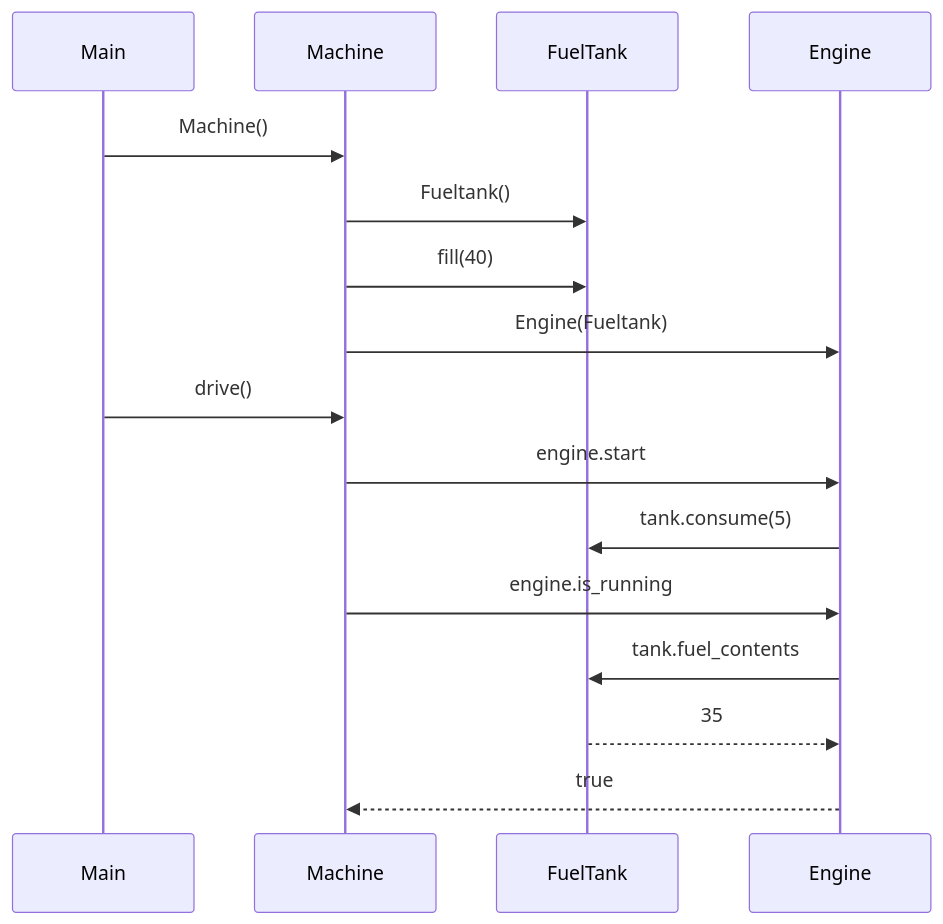
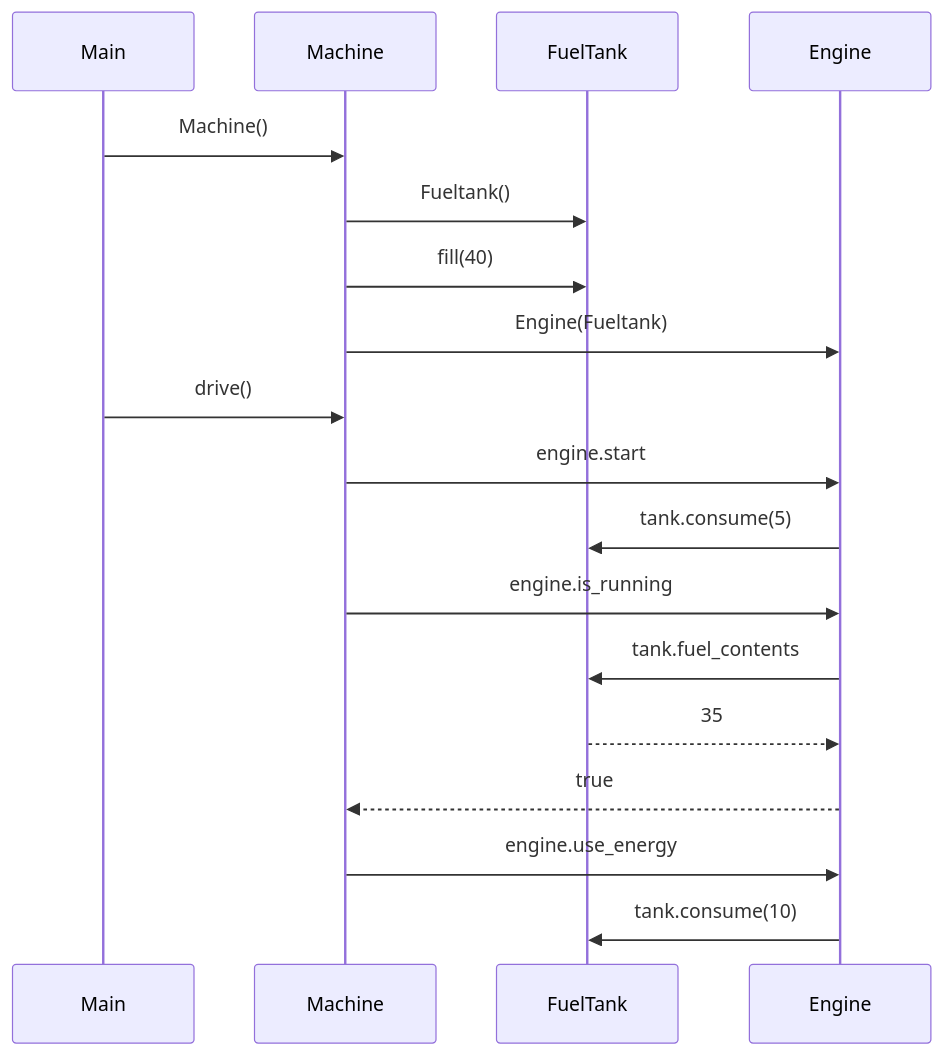
One commit to Nanotiike/ot-harjoitustyo changed the diagram in laskarit/viikko3/machine.md. Above: the diagram before and after it, drawn with Mermaid.

````diff
--- a/laskarit/viikko3/machine.md
+++ b/laskarit/viikko3/machine.md
@@ -1,18 +1,20 @@
 ```mermaid
 sequenceDiagram
    participant X as Main
    participant M as Machine
    participant F as FuelTank
    participant E as Engine
    X ->> M: Machine()
    M ->> F: Fueltank()
    M ->> F: fill(40)
    M ->> E: Engine(Fueltank)
    X ->> M: drive()
    M ->> E: engine.start
    E ->> F: tank.consume(5)
    M ->> E: engine.is_running
    E ->> F: tank.fuel_contents
    F -->> E: 35
    E -->> M: true
+   M ->> E: engine.use_energy
+   E ->> F: tank.consume(10)
 ```
````
